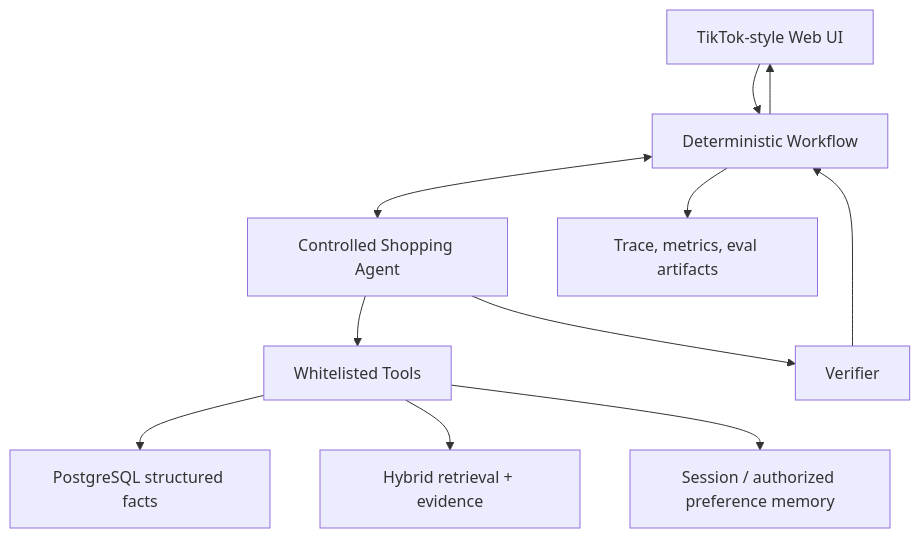
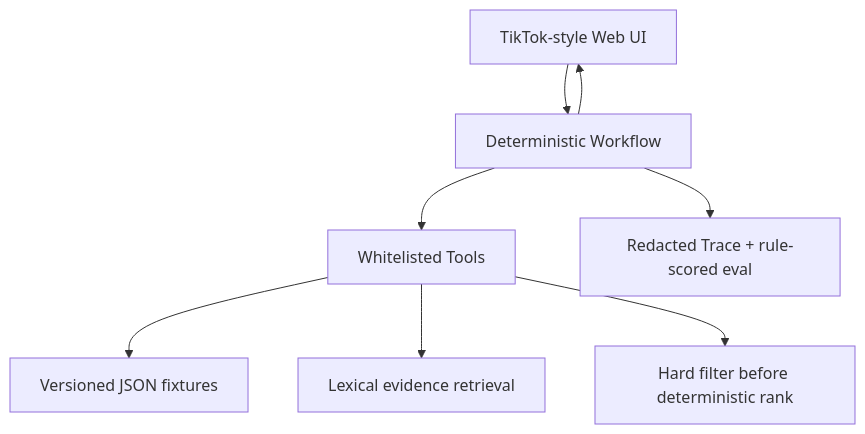
One commit to teemoweng/ai-shopping-agent changed the second of 2 diagrams in README.md. Above: the diagram before and after it, drawn with Mermaid. The commit also changed other lines of this file and 4 other files, not shown here.

````diff
--- a/README.md
+++ b/README.md
@@ -63,13 +62,10 @@
 ```mermaid
 flowchart TB
     UI["TikTok-style Web UI"] --> WF["Deterministic Workflow"]
-    WF <--> AG["Controlled Shopping Agent"]
-    AG --> TL["Whitelisted Tools"]
-    TL --> DB["PostgreSQL structured facts"]
-    TL --> RET["Hybrid retrieval + evidence"]
-    TL --> MEM["Session / authorized preference memory"]
-    AG --> VER["Verifier"]
-    VER --> WF
+    WF --> TL["Whitelisted Tools"]
+    TL --> DB["Versioned JSON fixtures"]
+    TL --> RET["Lexical evidence retrieval"]
+    TL --> FIL["Hard filter before deterministic rank"]
     WF --> UI
-    WF --> OBS["Trace, metrics, eval artifacts"]
+    WF --> OBS["Redacted Trace + rule-scored eval"]
 ```
````
